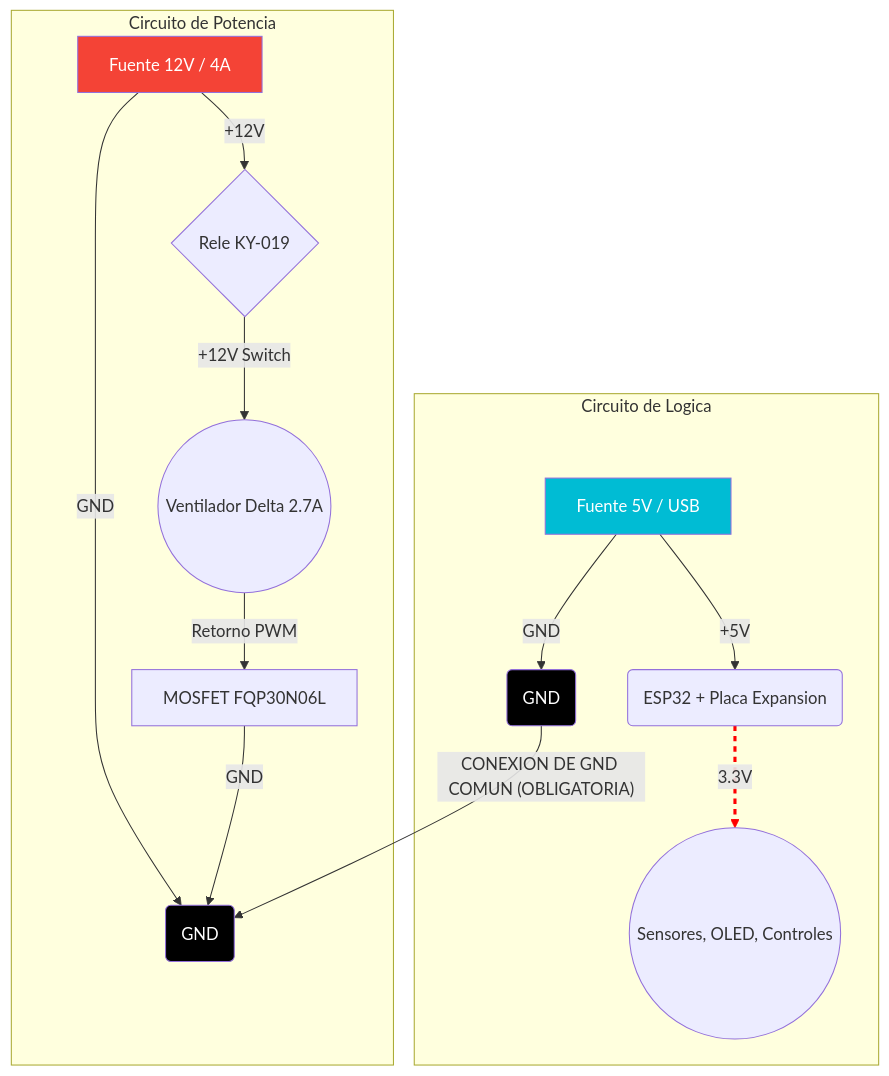
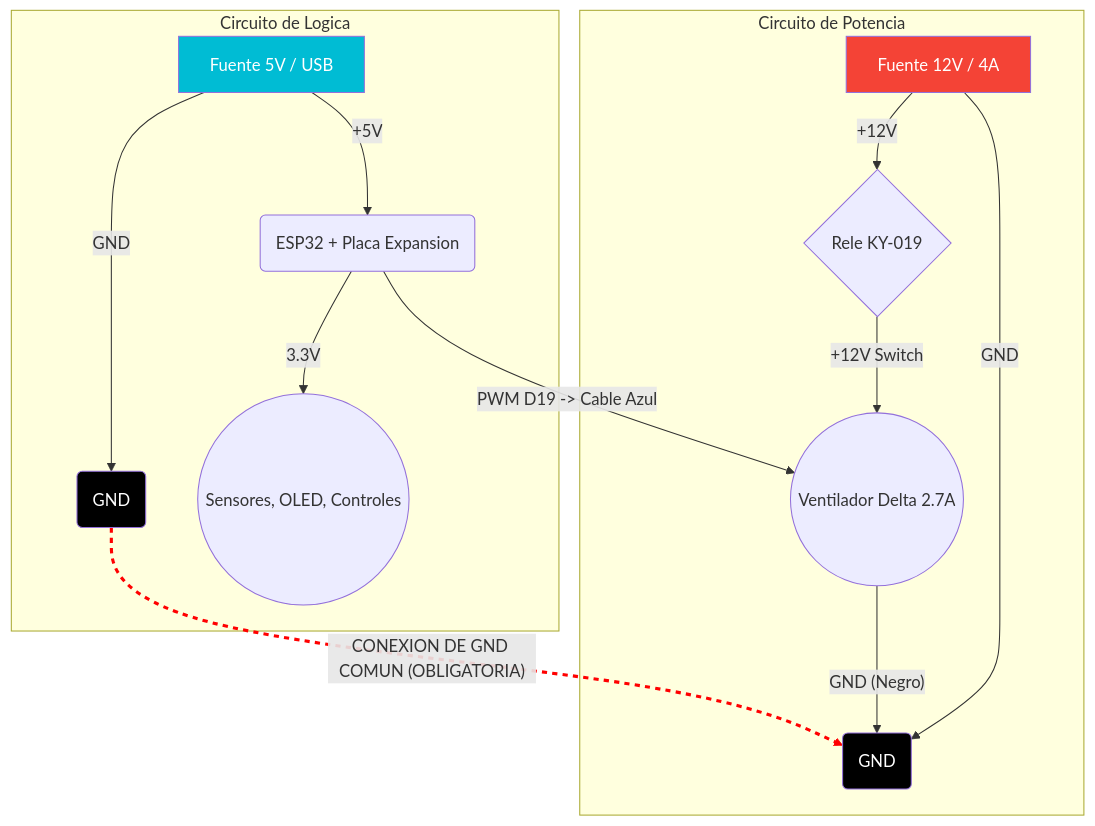
Before and after one commit to RMedits/extractor-inteligente-firmware: the diagram in docs/DIAGRAMA_ALIMENTACION.md, drawn with Mermaid. The commit also changed 14 other files, not shown here.

````diff
--- a/docs/DIAGRAMA_ALIMENTACION.md
+++ b/docs/DIAGRAMA_ALIMENTACION.md
@@ -5,28 +5,28 @@
 ```mermaid
 graph TD
     subgraph "Circuito de Logica"
         A[Fuente 5V / USB]
         A -- "+5V" --> B(ESP32 + Placa Expansion);
         A -- "GND" --> G1(GND);
         B -- "3.3V" --> C((Sensores, OLED, Controles));
     end
 
     subgraph "Circuito de Potencia"
         D[Fuente 12V / 4A]
         D -- "+12V" --> E{Rele KY-019};
         E -- "+12V Switch" --> F((Ventilador Delta 2.7A));
         D -- "GND" --> G2(GND);
-        F -- "Retorno PWM" --> M[MOSFET FQP30N06L];
-        M -- "GND" --> G2;
+        B -- "PWM D19 -> Cable Azul" --> F;
+        F -- "GND (Negro)" --> G2;
     end
 
     %% Conexion Critica
     G1 -- "CONEXION DE GND COMUN (OBLIGATORIA)" --> G2;
 
     %% Estilos
     style A fill:#00BCD4,color:#fff
     style D fill:#F44336,color:#fff
     style G1 fill:#000,color:#fff
     style G2 fill:#000,color:#fff
-    linkStyle 2 stroke:#ff0000,stroke-width:3px,stroke-dasharray: 5 5;
+    linkStyle 8 stroke:#ff0000,stroke-width:3px,stroke-dasharray: 5 5;
 ```
````
